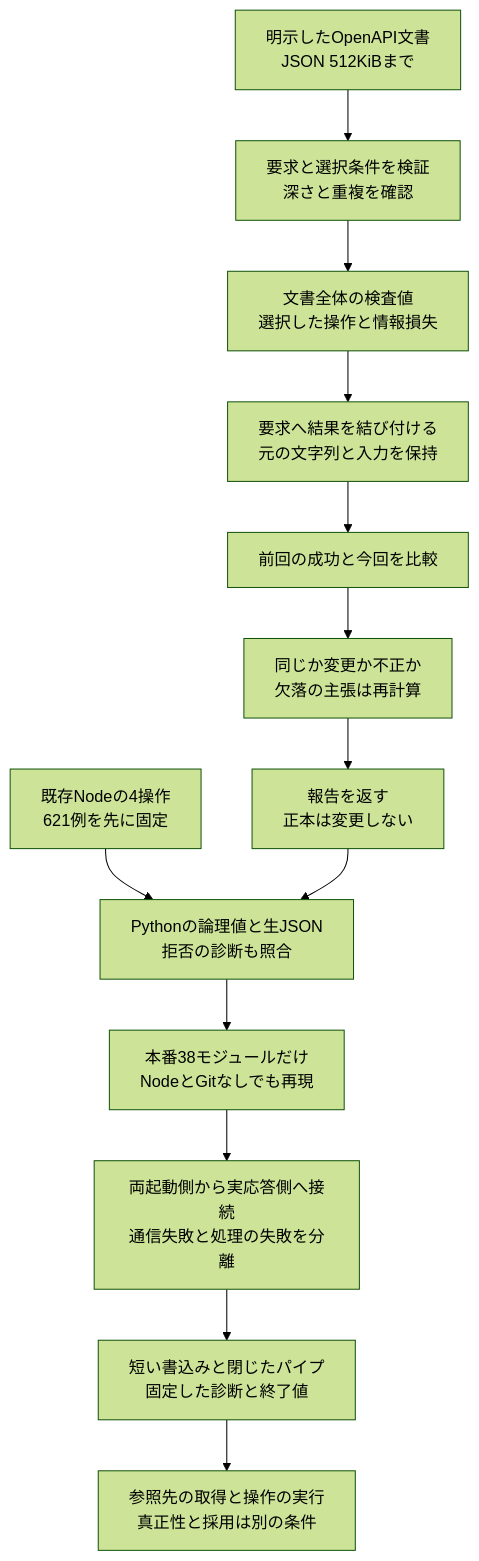
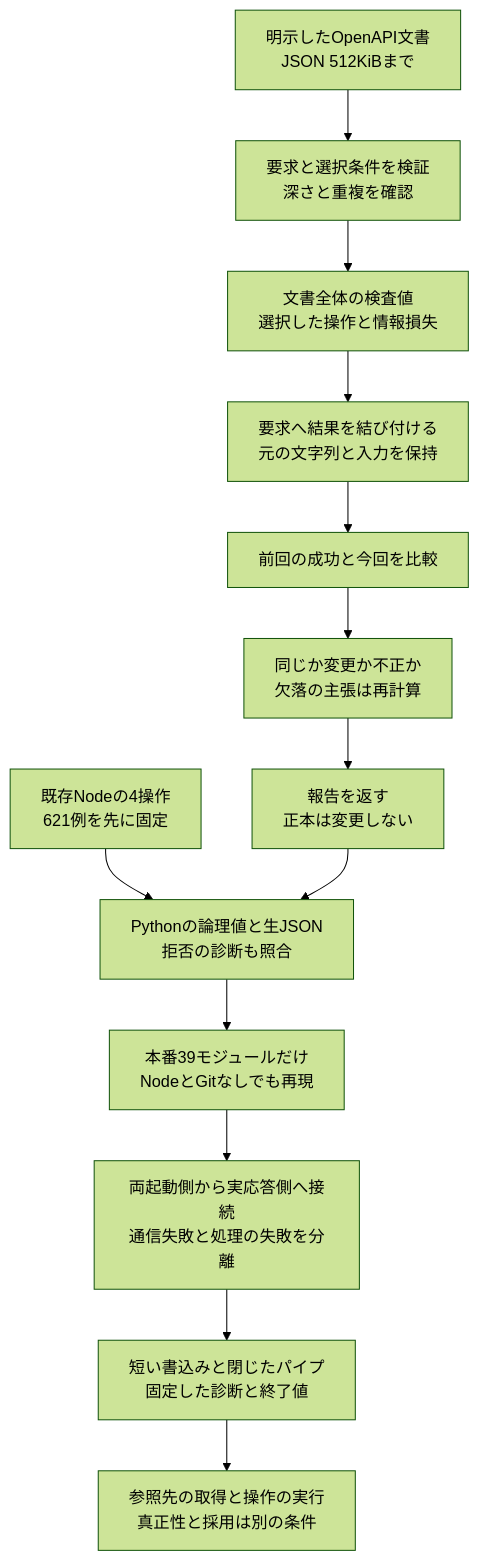
Before and after one commit to koukemo/morivyx: the diagram in docs/diagrams/python-openapi-import.mmd, drawn with Mermaid (forest theme). The commit also changed 19 other files, not shown here.

```diff
--- a/docs/diagrams/python-openapi-import.mmd
+++ b/docs/diagrams/python-openapi-import.mmd
@@ -1,13 +1,13 @@
 flowchart TD
   A[明示したOpenAPI文書<br/>JSON 512KiBまで] --> B[要求と選択条件を検証<br/>深さと重複を確認]
   B --> C[文書全体の検査値<br/>選択した操作と情報損失]
   C --> D[要求へ結果を結び付ける<br/>元の文字列と入力を保持]
   D --> E[前回の成功と今回を比較]
   E --> F[同じか変更か不正か<br/>欠落の主張は再計算]
   F --> G[報告を返す<br/>正本は変更しない]
   H[既存Nodeの4操作<br/>621例を先に固定] --> I[Pythonの論理値と生JSON<br/>拒否の診断も照合]
   G --> I
-  I --> J[本番38モジュールだけ<br/>NodeとGitなしでも再現]
+  I --> J[本番39モジュールだけ<br/>NodeとGitなしでも再現]
   J --> K[両起動側から実応答側へ接続<br/>通信失敗と処理の失敗を分離]
   K --> L[短い書込みと閉じたパイプ<br/>固定した診断と終了値]
   L --> M[参照先の取得と操作の実行<br/>真正性と採用は別の条件]
```
